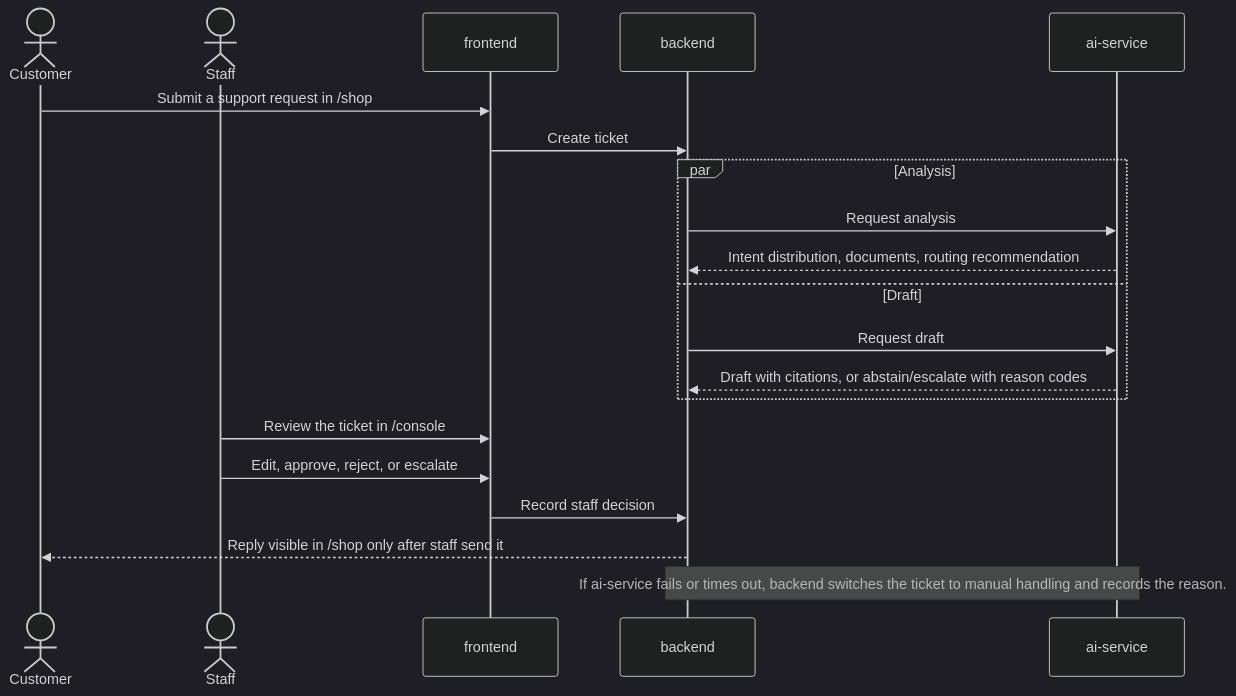
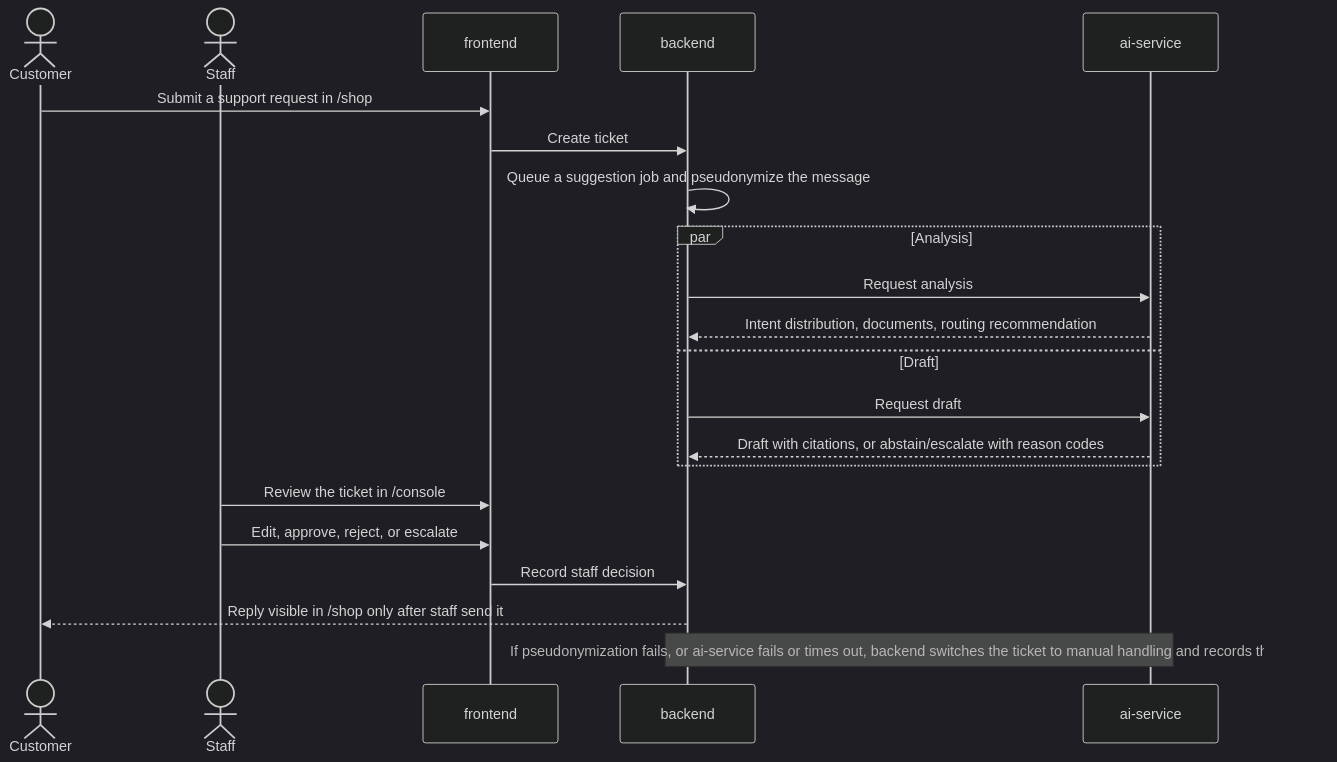
Before and after one commit to ml-system-design-nhom-5/SupportIQ: the second of 2 diagrams in README.md, drawn with Mermaid (dark theme). The commit also changed other lines of this file and 53 other files, not shown here.

````diff
--- a/README.md
+++ b/README.md
@@ -39,23 +42,24 @@
 ```mermaid
 sequenceDiagram
     actor Customer
     actor Staff
     participant FE as frontend
     participant BE as backend
     participant AI as ai-service
 
     Customer->>FE: Submit a support request in /shop
     FE->>BE: Create ticket
+    BE->>BE: Queue a suggestion job and pseudonymize the message
     par Analysis
         BE->>AI: Request analysis
         AI-->>BE: Intent distribution, documents, routing recommendation
     and Draft
         BE->>AI: Request draft
         AI-->>BE: Draft with citations, or abstain/escalate with reason codes
     end
     Staff->>FE: Review the ticket in /console
     Staff->>FE: Edit, approve, reject, or escalate
     FE->>BE: Record staff decision
     BE-->>Customer: Reply visible in /shop only after staff send it
-    Note over BE,AI: If ai-service fails or times out, backend switches the ticket to manual handling and records the reason.
+    Note over BE,AI: If pseudonymization fails, or ai-service fails or times out, backend switches the ticket to manual handling and records the reason.
 ```
````
